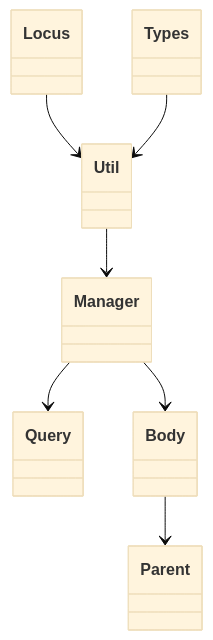
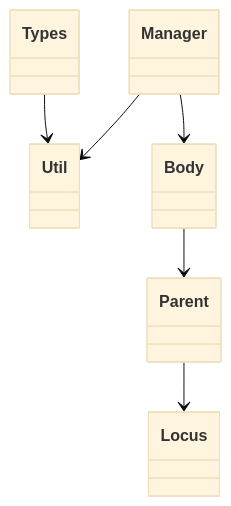
Before and after one commit to webex/webex-js-sdk: the fourth of 4 diagrams in packages/@webex/plugin-meetings/src/controls-options-manager/ai-docs/controls-options-manager-spec.md, drawn with Mermaid (base theme). The commit also changed other lines of this file and 24 other files, not shown here.

````diff
--- a/packages/@webex/plugin-meetings/src/controls-options-manager/ai-docs/controls-options-manager-spec.md
+++ b/packages/@webex/plugin-meetings/src/controls-options-manager/ai-docs/controls-options-manager-spec.md
@@ -152,16 +185,14 @@
 ```mermaid
 classDiagram
   class Locus
   class Util
   class Manager
   class Types
-  class Query
   class Body
   class Parent
-  Locus --> Util
-  Util --> Manager
+  Manager --> Util
   Types --> Util
-  Manager --> Query
   Manager --> Body
   Body --> Parent
+  Parent --> Locus
 ```
````
